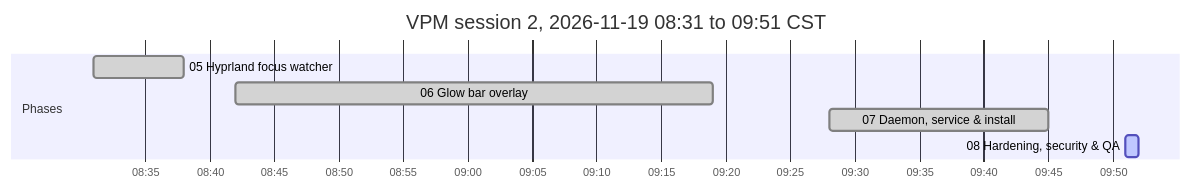
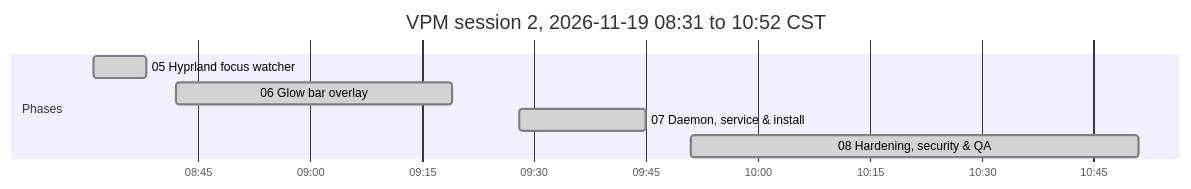
Before and after one commit to antonizick/VPNMonitor: the second of 2 diagrams in VPM_IMPLEMENTATION_PLAN.md, drawn with Mermaid. The commit also changed other lines of this file and 1 other file, not shown here.

Commit message:
docs(plan): refresh timeline

````diff
--- a/VPM_IMPLEMENTATION_PLAN.md
+++ b/VPM_IMPLEMENTATION_PLAN.md
@@ -67,11 +67,11 @@
 ```mermaid
 gantt
-    title VPM session 2, 2026-11-19 08:31 to 09:51 CST
+    title VPM session 2, 2026-11-19 08:31 to 10:52 CST
     dateFormat YYYY-MM-DD HH:mm
     axisFormat %H:%M
     section Phases
     05 Hyprland focus watcher :done, p05s2, 2026-11-19 08:31, 2026-11-19 08:38
     06 Glow bar overlay :done, p06s2, 2026-11-19 08:42, 2026-11-19 09:19
     07 Daemon, service & install :done, p07s2, 2026-11-19 09:28, 2026-11-19 09:45
-    08 Hardening, security & QA :active, p08s2, 2026-11-19 09:51, 2026-11-19 09:52
+    08 Hardening, security & QA :done, p08s2, 2026-11-19 09:51, 2026-11-19 10:51
 ```
````
